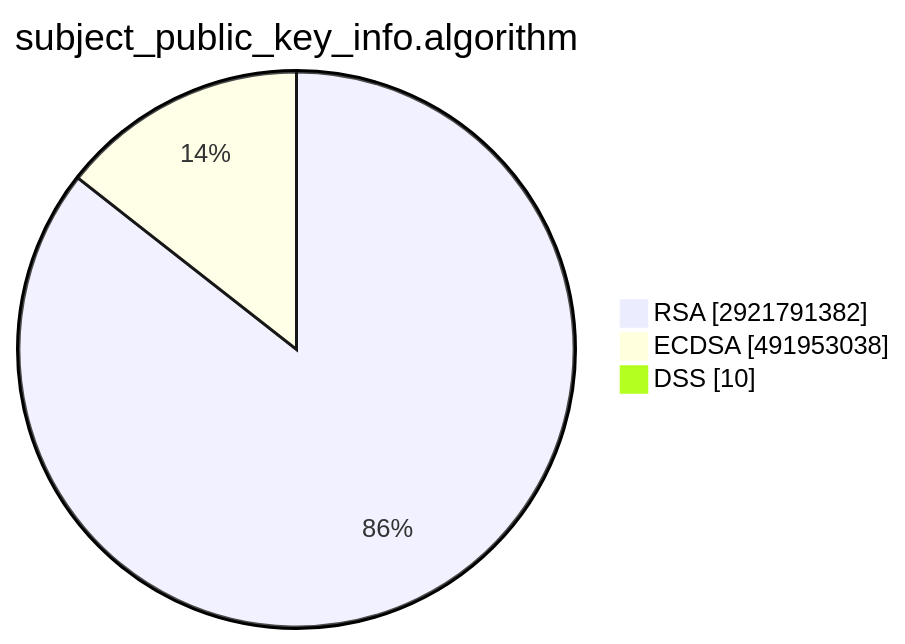
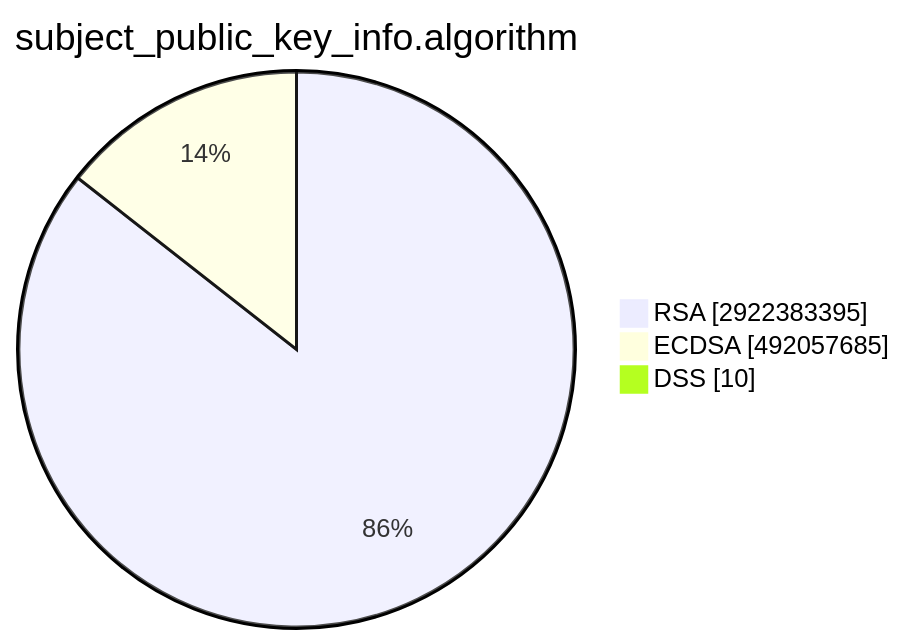
One commit to christiankrug/ctmonitor_visualization changed the second of 15 diagrams in TOTAL/README.md. Above: the diagram before and after it, drawn with Mermaid. The commit also changed other lines of this file, not shown here.

````diff
--- a/TOTAL/README.md
+++ b/TOTAL/README.md
@@ -6,7 +6,7 @@
 ```mermaid
 pie showData
 title subject_public_key_info.algorithm
-"RSA" :2921791382
-"ECDSA" :491953038
+"RSA" :2922383395
+"ECDSA" :492057685
 "DSS" :10
 ```
````
